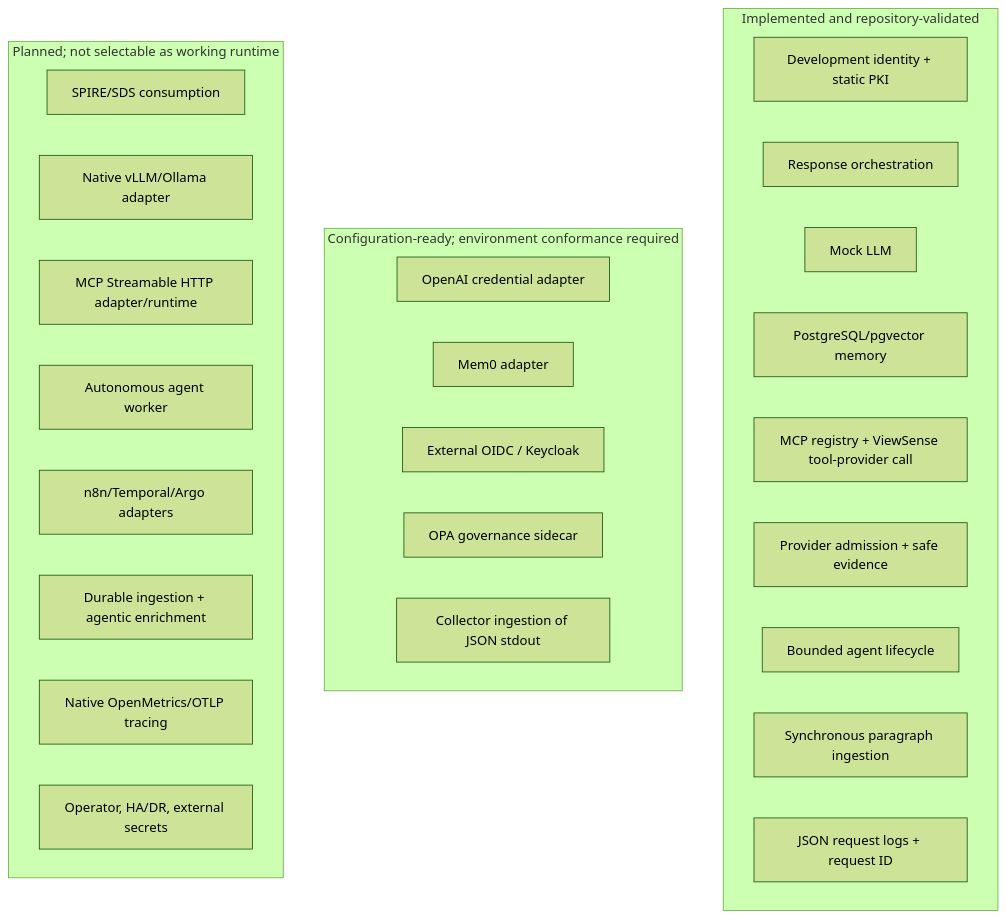
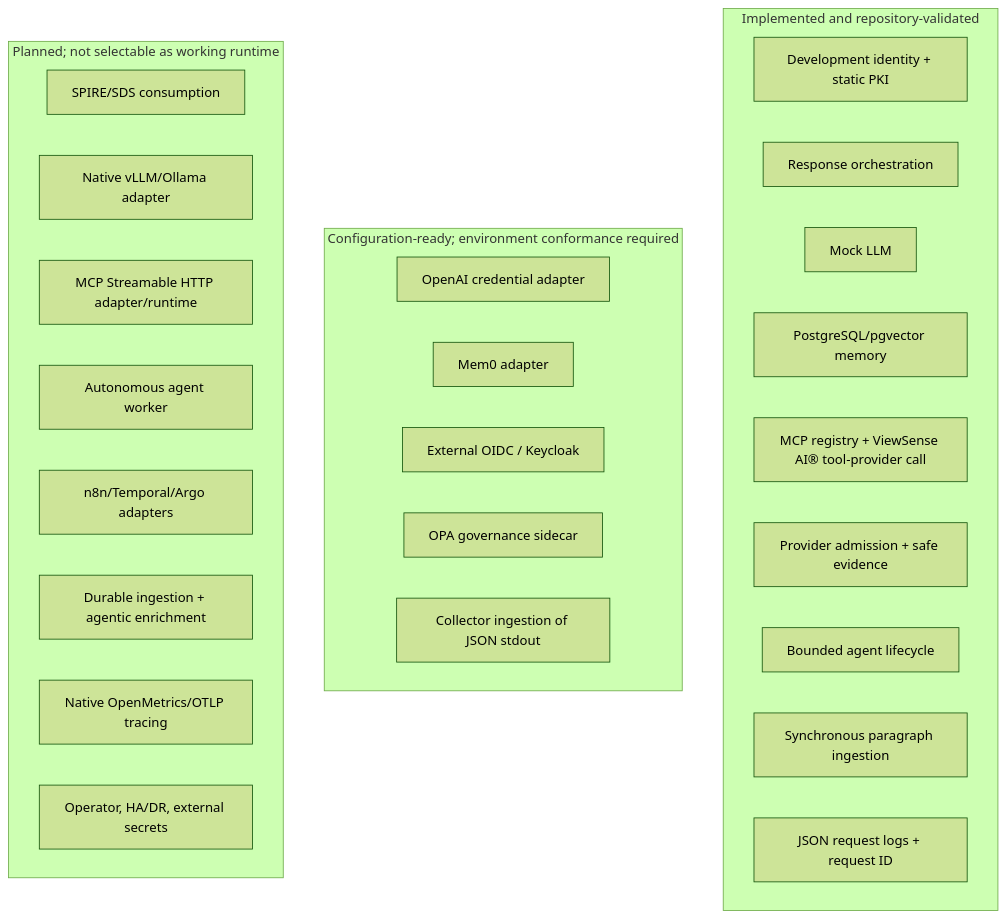
The second of 3 diagrams in docs/design/high-level/00-implementation-conformance.md (diaryfolio/aiops-fabric), drawn with Mermaid (forest theme) before and after one commit. The commit also changed other lines of this file and 83 other files, not shown here.

````diff
--- a/docs/design/high-level/00-implementation-conformance.md
+++ b/docs/design/high-level/00-implementation-conformance.md
@@ -50,31 +50,31 @@
 ```mermaid
 flowchart TB
     subgraph Implemented["Implemented and repository-validated"]
       I1["Development identity + static PKI"]
       I2["Response orchestration"]
       I3["Mock LLM"]
       I4["PostgreSQL/pgvector memory"]
-      I5["MCP registry + ViewSense tool-provider call"]
+      I5["MCP registry + ViewSense AI® tool-provider call"]
       I6["Provider admission + safe evidence"]
       I7["Bounded agent lifecycle"]
       I8["Synchronous paragraph ingestion"]
       I9["JSON request logs + request ID"]
     end
     subgraph Ready["Configuration-ready; environment conformance required"]
       C1["OpenAI credential adapter"]
       C2["Mem0 adapter"]
       C3["External OIDC / Keycloak"]
       C4["OPA governance sidecar"]
       C5["Collector ingestion of JSON stdout"]
     end
     subgraph Planned["Planned; not selectable as working runtime"]
       P1["SPIRE/SDS consumption"]
       P2["Native vLLM/Ollama adapter"]
       P3["MCP Streamable HTTP adapter/runtime"]
       P4["Autonomous agent worker"]
       P5["n8n/Temporal/Argo adapters"]
       P6["Durable ingestion + agentic enrichment"]
       P7["Native OpenMetrics/OTLP tracing"]
       P8["Operator, HA/DR, external secrets"]
     end
 ```
````
